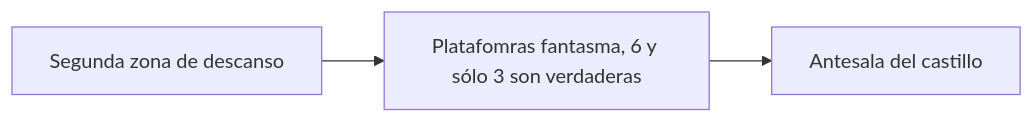
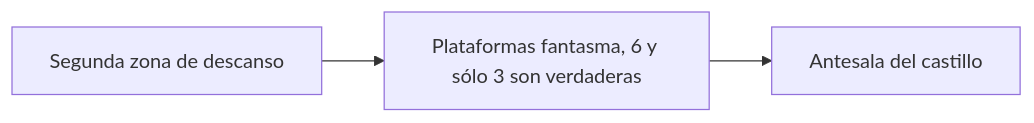
The fourth of 5 diagrams in README.md (Narratech/DEV-P0), drawn with Mermaid before and after one commit. The commit also changed other lines of this file, not shown here.

Commit message:
Terminado lo del Mermaid

````diff
--- a/README.md
+++ b/README.md
@@ -130,5 +130,5 @@
 ```mermaid
 graph LR;
     finPasarela[Segunda zona de descanso]-->plataformas[Plataformas fantasma, 6 y sólo 3 son verdaderas];
-    plataformas[Platafomras fantasma, 6 y sólo 3 son verdaderas]-->finPlataformas[Antesala del castillo];
+    plataformas[Plataformas fantasma, 6 y sólo 3 son verdaderas]-->finPlataformas[Antesala del castillo];
 ```
````
